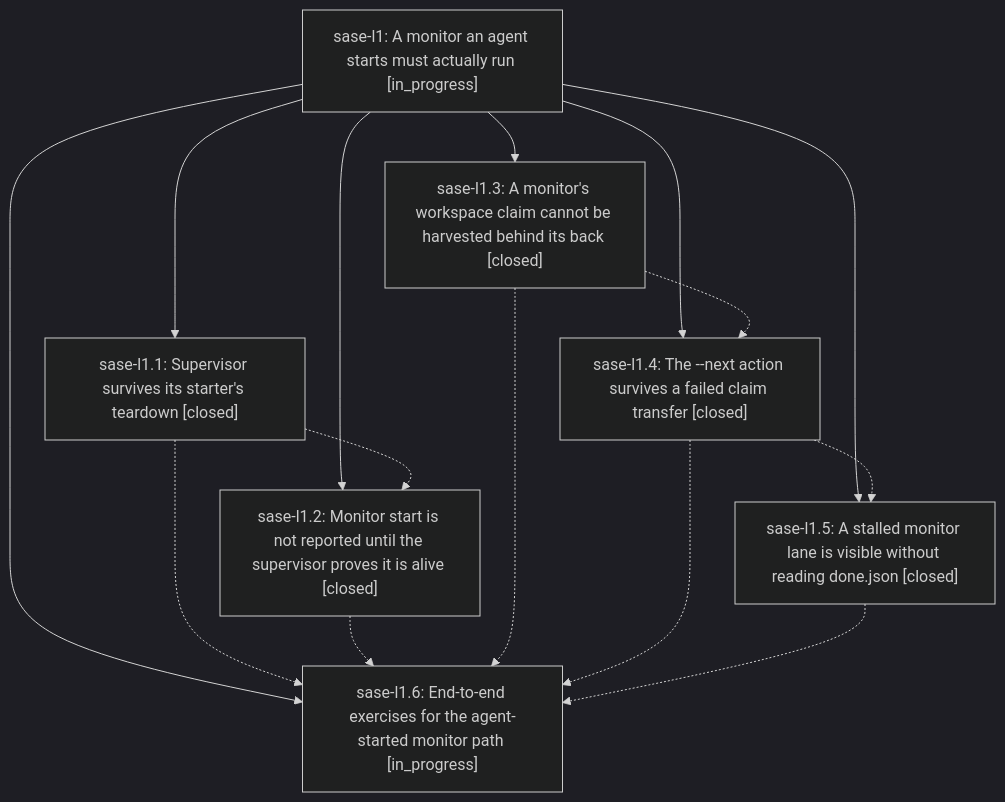
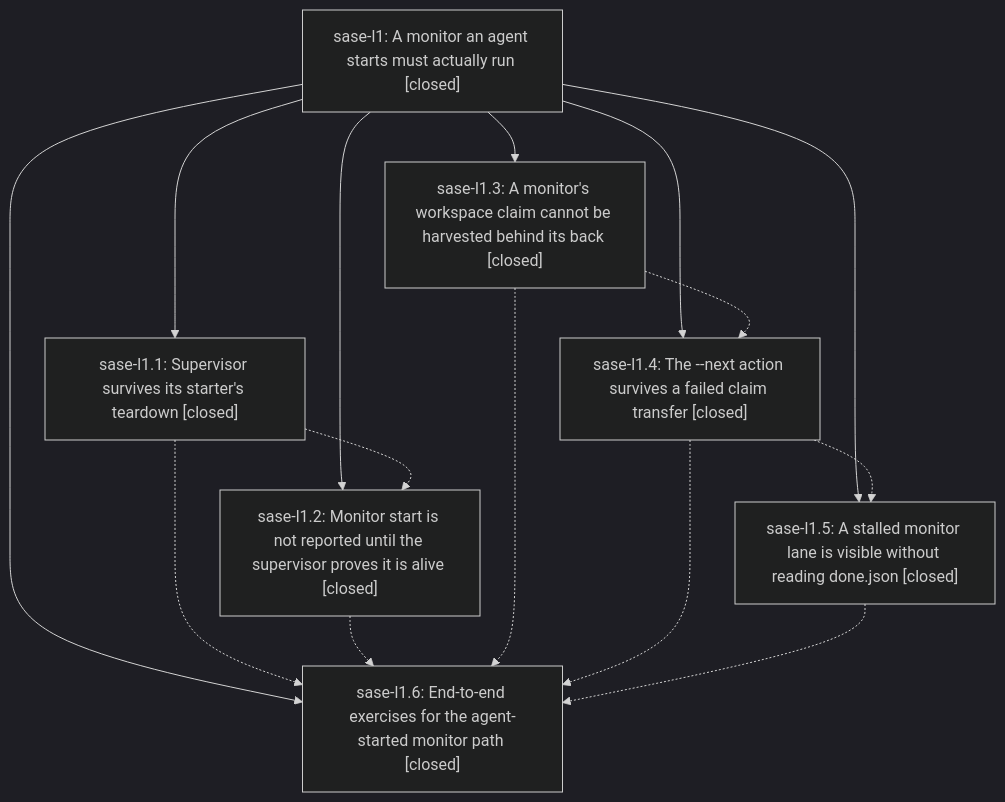
The diagram in pages/sase-l1/README.md (sase-org/sase--beads), drawn with Mermaid (dark theme) before and after one commit. The commit also changed other lines of this file and 6 other files, not shown here.

````diff
--- a/pages/sase-l1/README.md
+++ b/pages/sase-l1/README.md
@@ -27,24 +60,24 @@
 ```mermaid
 flowchart TD
-    n0["sase-l1: A monitor an agent starts must actually run [in_progress]"]
+    n0["sase-l1: A monitor an agent starts must actually run [closed]"]
     n1["sase-l1.1: Supervisor survives its starter's teardown [closed]"]
     n2["sase-l1.2: Monitor start is not reported until the supervisor proves it is alive [closed]"]
     n3["sase-l1.3: A monitor's workspace claim cannot be harvested behind its back [closed]"]
     n4["sase-l1.4: The --next action survives a failed claim transfer [closed]"]
     n5["sase-l1.5: A stalled monitor lane is visible without reading done.json [closed]"]
-    n6["sase-l1.6: End-to-end exercises for the agent-started monitor path [in_progress]"]
+    n6["sase-l1.6: End-to-end exercises for the agent-started monitor path [closed]"]
     n0 --> n1
     n0 --> n2
     n0 --> n3
     n0 --> n4
     n0 --> n5
     n0 --> n6
     n1 -.-> n2
     n1 -.-> n6
     n2 -.-> n6
     n3 -.-> n4
     n3 -.-> n6
     n4 -.-> n5
     n4 -.-> n6
     n5 -.-> n6
 ```
````
